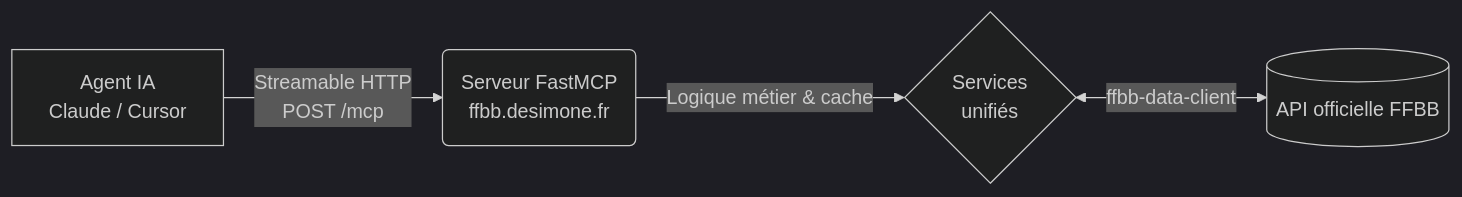
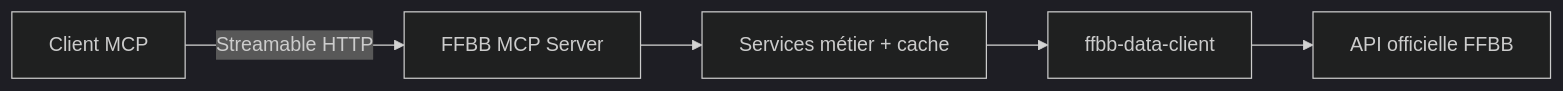
The diagram in README.md (nickdesi/FFBB-MCP-Server), drawn with Mermaid (dark theme) before and after one commit. The commit also changed other lines of this file and 4 other files, not shown here.

````diff
--- a/README.md
+++ b/README.md
@@ -117,6 +98,7 @@
 ```mermaid
 flowchart LR
-    A["Agent IA\nClaude / Cursor"] -->|"Streamable HTTP\nPOST /mcp"| B("Serveur FastMCP\nffbb.desimone.fr")
-    B -->|"Logique métier & cache"| C{"Services\nunifiés"}
-    C <-->|"ffbb-data-client"| D[("API officielle FFBB")]
+    A[Client MCP] -->|Streamable HTTP| B[FFBB MCP Server]
+    B --> C[Services métier + cache]
+    C --> D[ffbb-data-client]
+    D --> E[API officielle FFBB]
 ```
````
